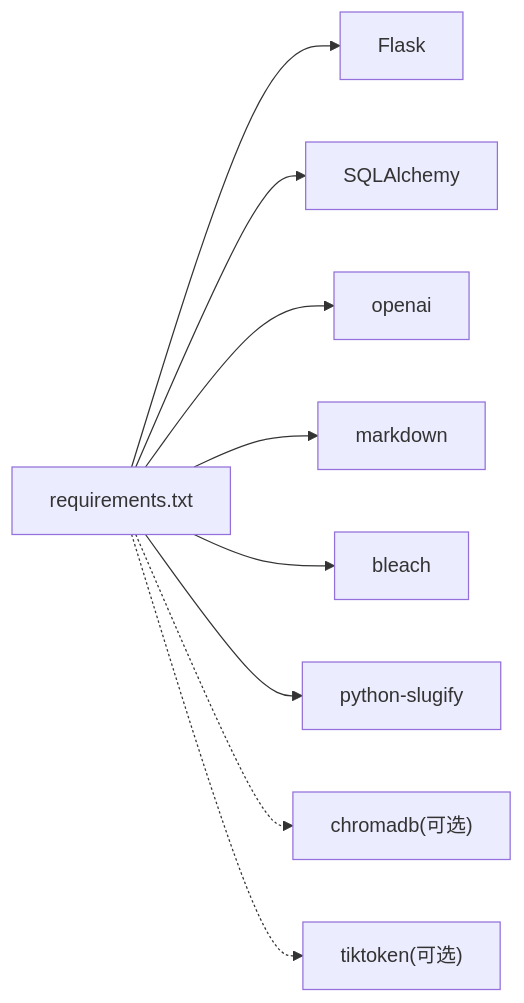
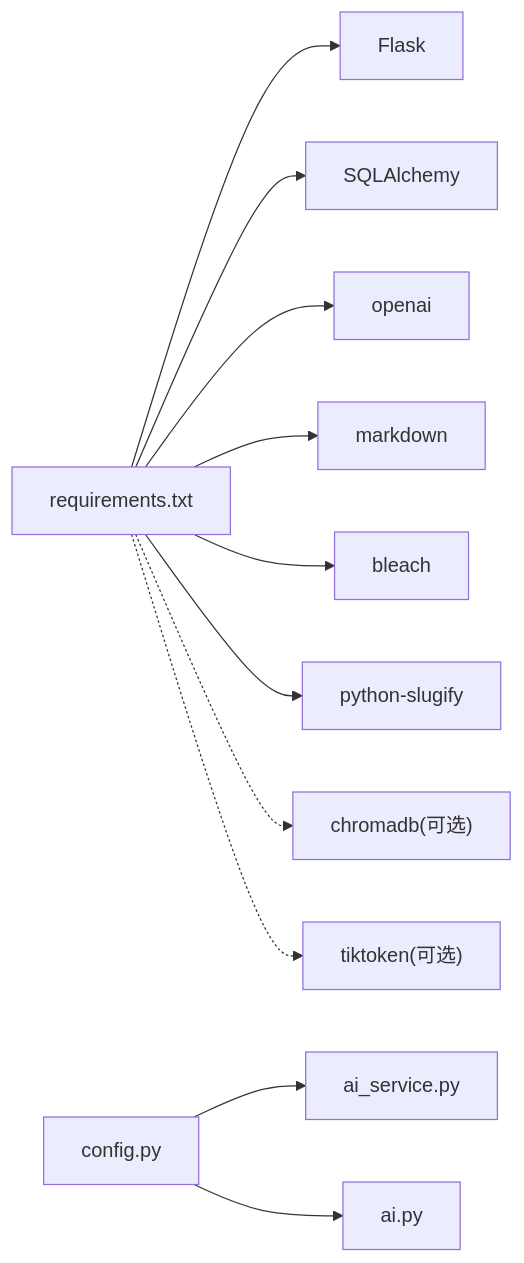
One commit to beyondalbert/my_wiki changed the seventh of 7 diagrams in .qoder/repowiki/zh/content/核心模块/AI知识库模块/AI知识库模块.md. Above: the diagram before and after it, drawn with Mermaid. The commit also changed other lines of this file and 10 other files, not shown here.

````diff
--- a/.qoder/repowiki/zh/content/核心模块/AI知识库模块/AI知识库模块.md
+++ b/.qoder/repowiki/zh/content/核心模块/AI知识库模块/AI知识库模块.md
@@ -322,11 +436,13 @@
 ```mermaid
 graph LR
 REQ["requirements.txt"] --> FLASK["Flask"]
 REQ --> SQLA["SQLAlchemy"]
 REQ --> OPENAI["openai"]
 REQ --> MD["markdown"]
 REQ --> BLEACH["bleach"]
 REQ --> SLUG["python-slugify"]
 REQ -.-> CHROMA["chromadb(可选)"]
 REQ -.-> TIKTOKEN["tiktoken(可选)"]
+CFG["config.py"] --> SVC["ai_service.py"]
+CFG --> BP["ai.py"]
 ```
````
